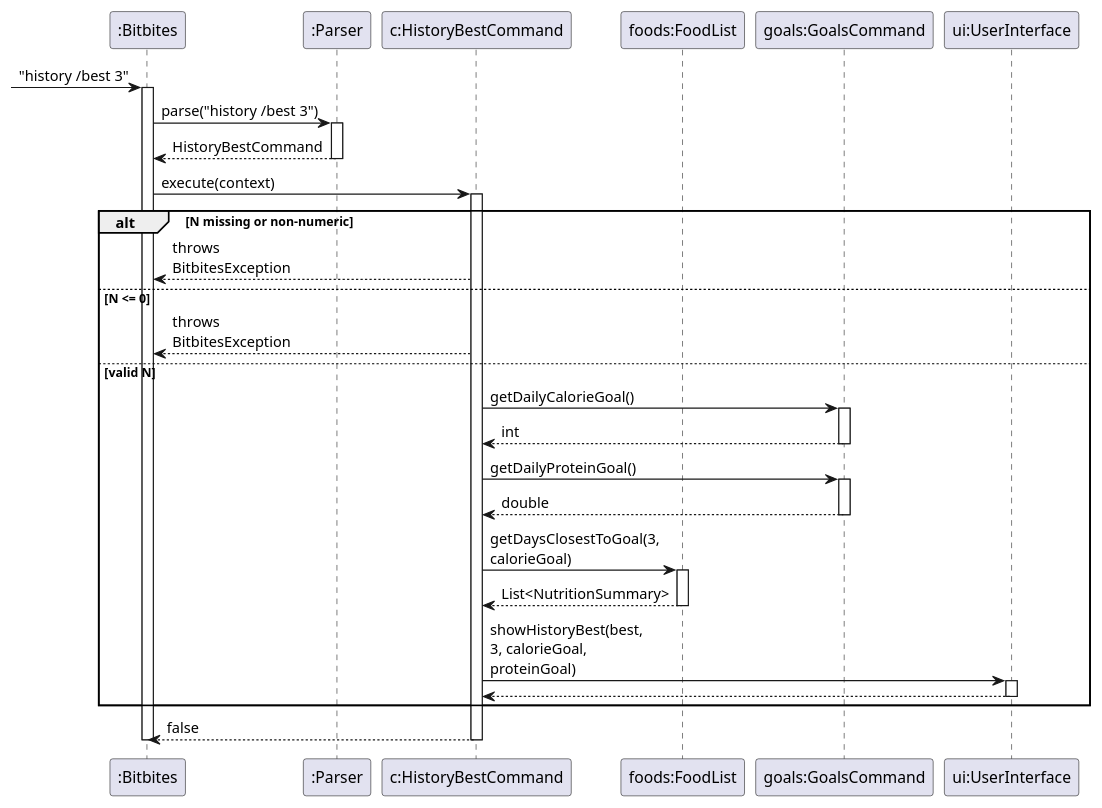
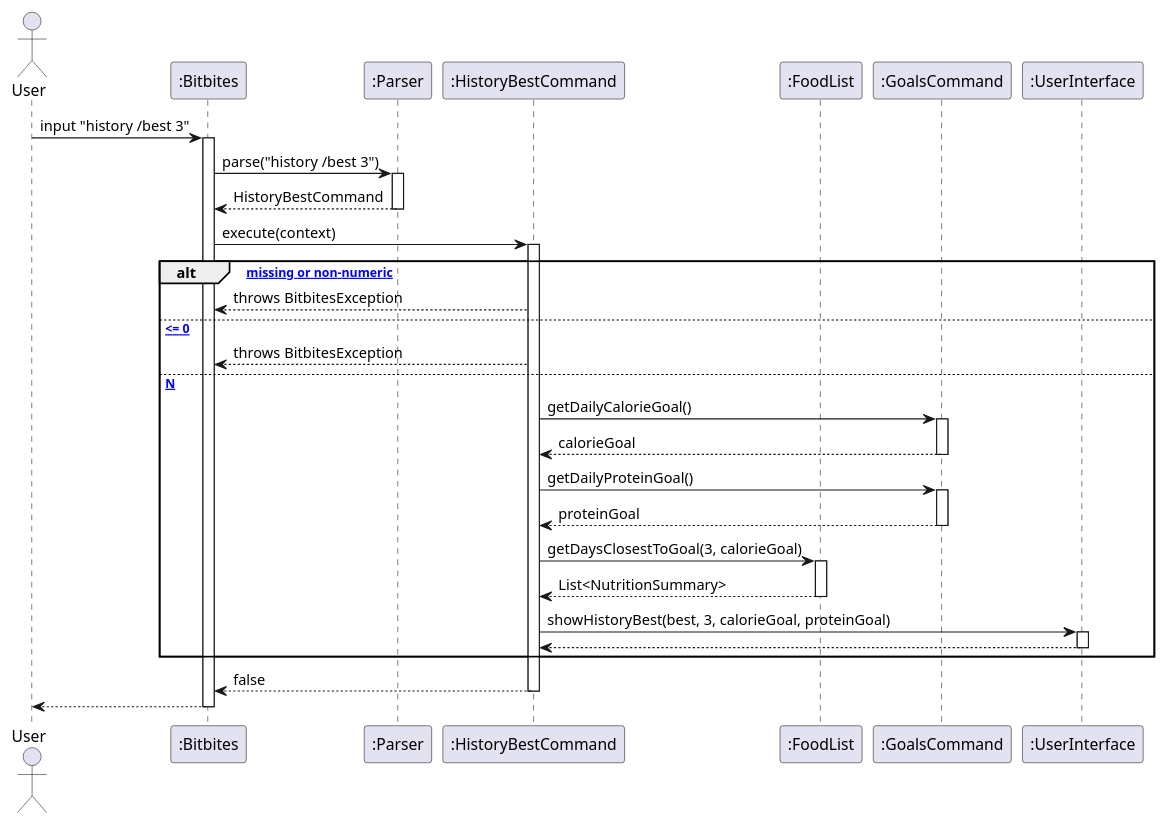
The diagram in docs/uml/histroy_best.puml (bryanyeo3125/tp), drawn with PlantUML before and after one commit. The commit also changed 31 other files, not shown here.

```diff
--- a/docs/uml/histroy_best.puml
+++ b/docs/uml/histroy_best.puml
@@ -1,52 +1,52 @@
-@startuml history_best
-skinparam arrowThickness 1.1
-skinparam maxMessageSize 150
-
+@startuml
+actor User
 participant ":Bitbites" as Bitbites
 participant ":Parser" as Parser
-participant "c:HistoryBestCommand" as Cmd
-participant "foods:FoodList" as FoodList
-participant "goals:GoalsCommand" as Goals
-participant "ui:UserInterface" as UI
+participant ":HistoryBestCommand" as HistoryBestCommand
+participant ":FoodList" as FoodList
+participant ":GoalsCommand" as GoalsCommand
+participant ":UserInterface" as UI
 
--> Bitbites : "history /best 3"
+User -> Bitbites : input "history /best 3"
 activate Bitbites
 
 Bitbites -> Parser : parse("history /best 3")
 activate Parser
 Parser --> Bitbites : HistoryBestCommand
 deactivate Parser
 
-Bitbites -> Cmd : execute(context)
-activate Cmd
+Bitbites -> HistoryBestCommand : execute(context)
+activate HistoryBestCommand
 
-alt N missing or non-numeric
-    Cmd --> Bitbites : throws BitbitesException
-else N <= 0
-    Cmd --> Bitbites : throws BitbitesException
-else valid N
-    Cmd -> Goals : getDailyCalorieGoal()
-    activate Goals
-    Goals --> Cmd : int
-    deactivate Goals
+alt [N missing or non-numeric]
+  HistoryBestCommand --> Bitbites : throws BitbitesException
+else [N <= 0]
+  HistoryBestCommand --> Bitbites : throws BitbitesException
+else [valid N]
+  HistoryBestCommand -> GoalsCommand : getDailyCalorieGoal()
+  activate GoalsCommand
+  GoalsCommand --> HistoryBestCommand : calorieGoal
+  deactivate GoalsCommand
 
-    Cmd -> Goals : getDailyProteinGoal()
-    activate Goals
-    Goals --> Cmd : double
-    deactivate Goals
+  HistoryBestCommand -> GoalsCommand : getDailyProteinGoal()
+  activate GoalsCommand
+  GoalsCommand --> HistoryBestCommand : proteinGoal
+  deactivate GoalsCommand
 
-    Cmd -> FoodList : getDaysClosestToGoal(3, calorieGoal)
-    activate FoodList
-    FoodList --> Cmd : List<NutritionSummary>
-    deactivate FoodList
+  HistoryBestCommand -> FoodList : getDaysClosestToGoal(3, calorieGoal)
+  activate FoodList
+  FoodList --> HistoryBestCommand : List<NutritionSummary>
+  deactivate FoodList
 
-    Cmd -> UI : showHistoryBest(best, 3, calorieGoal, proteinGoal)
-    activate UI
-    UI --> Cmd
-    deactivate UI
+  HistoryBestCommand -> UI : showHistoryBest(best, 3, calorieGoal, proteinGoal)
+  activate UI
+  UI --> HistoryBestCommand
+  deactivate UI
 end
 
-Cmd --> Bitbites : false
-deactivate Cmd
+HistoryBestCommand --> Bitbites : false
+deactivate HistoryBestCommand
+
+Bitbites --> User
 deactivate Bitbites
 @enduml
```
